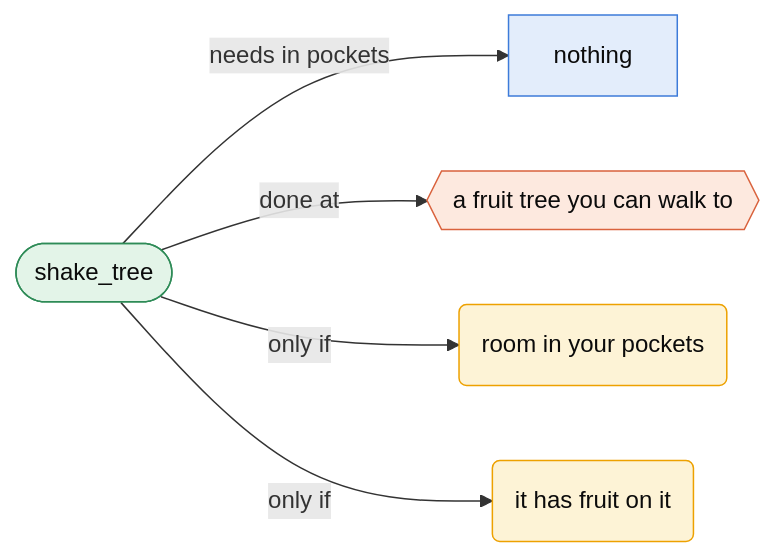
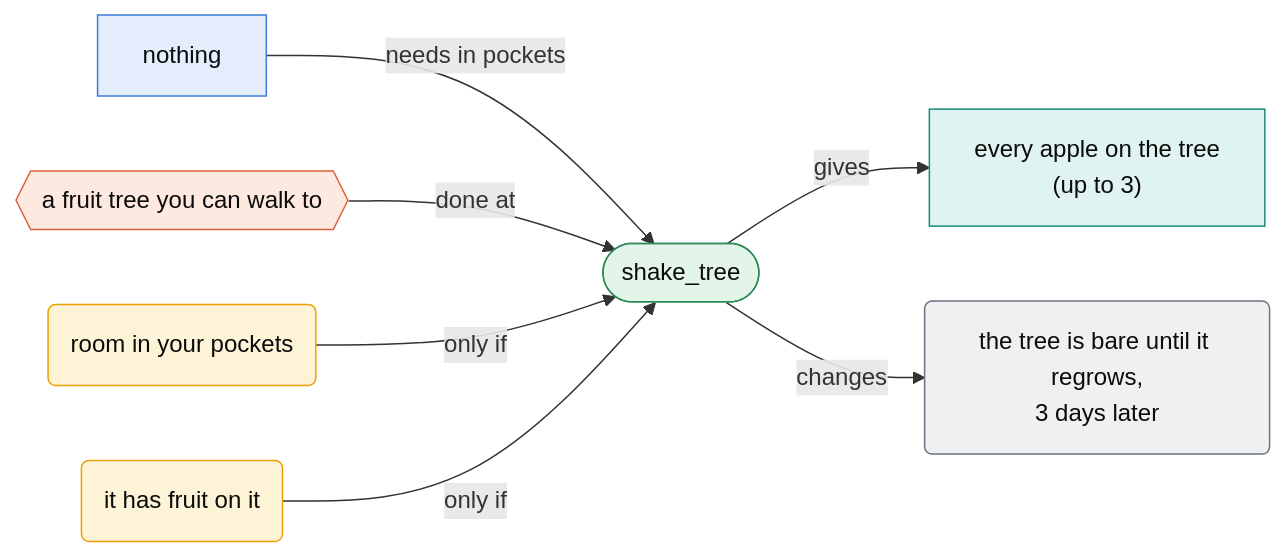
The fourth of 41 diagrams in docs/actions.md (harjonillo/multiagent-island), drawn with Mermaid before and after one commit. The commit also changed other lines of this file and 9 other files, not shown here.

````diff
--- a/docs/actions.md
+++ b/docs/actions.md
@@ -110,16 +154,23 @@
 ```mermaid
 flowchart LR
     classDef act fill:#e3f4e8,stroke:#2e8b57,color:#0b0b0b
     classDef item fill:#e3edfb,stroke:#3d7bd9,color:#0b0b0b
     classDef place fill:#fde9df,stroke:#d9623d,color:#0b0b0b
     classDef cond fill:#fdf3d6,stroke:#eda100,color:#0b0b0b
+    classDef gain fill:#dff3f1,stroke:#1a8a7d,color:#0b0b0b
+    classDef spend fill:#fbe3e8,stroke:#c0396b,color:#0b0b0b
+    classDef change fill:#eef0f2,stroke:#6b7280,color:#0b0b0b
     A(["shake_tree"])
-    A -- "needs in pockets" --> I0["nothing"]
-    A -- "done at" --> P0{{"a fruit tree you can walk to"}}
-    A -- "only if" --> C0("room in your pockets")
-    A -- "only if" --> C1("it has fruit on it")
+    It0["nothing"] -- "needs in pockets" --> A
+    Pl0{{"a fruit tree you can walk to"}} -- "done at" --> A
+    Co0("room in your pockets") -- "only if" --> A
+    Co1("it has fruit on it") -- "only if" --> A
+    A -- "gives" --> Ga0["every apple on the tree<br/>(up to 3)"]
+    A -- "changes" --> Ch0("the tree is bare until it regrows,<br/>3 days later")
     class A act
-    class I0 item
-    class P0 place
-    class C0,C1 cond
+    class It0 item
+    class Pl0 place
+    class Co0,Co1 cond
+    class Ga0 gain
+    class Ch0 change
 ```
````
